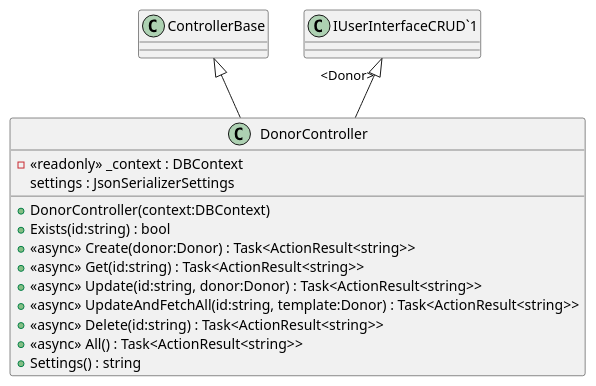
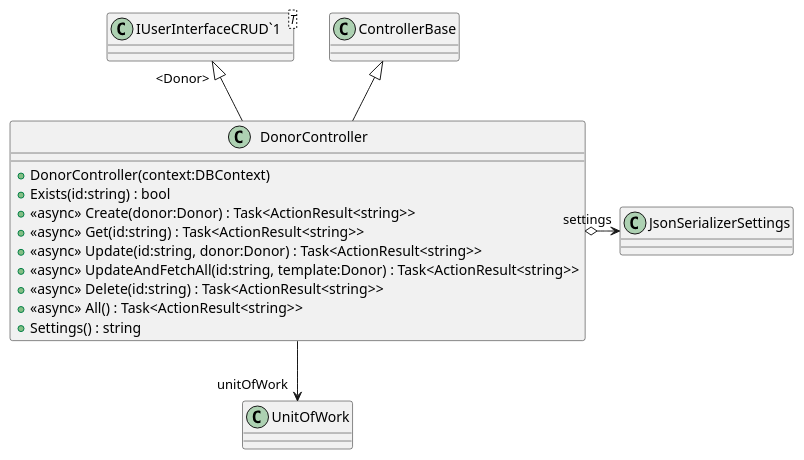
One commit to timothxy/ICT2106_P3_Project changed the diagram in YouthActionDotNet/UML/Controllers/DonorController.puml. Above: the diagram before and after it, drawn with PlantUML. The commit also changed 31 other files, not shown here.

Commit message:
update uml

```diff
--- a/YouthActionDotNet/UML/Controllers/DonorController.puml
+++ b/YouthActionDotNet/UML/Controllers/DonorController.puml
@@ -1,17 +1,19 @@
 @startuml
 class DonorController {
-    - <<readonly>> _context : DBContext
-    settings : JsonSerializerSettings
     + DonorController(context:DBContext)
     + Exists(id:string) : bool
     + <<async>> Create(donor:Donor) : Task<ActionResult<string>>
     + <<async>> Get(id:string) : Task<ActionResult<string>>
     + <<async>> Update(id:string, donor:Donor) : Task<ActionResult<string>>
     + <<async>> UpdateAndFetchAll(id:string, template:Donor) : Task<ActionResult<string>>
     + <<async>> Delete(id:string) : Task<ActionResult<string>>
     + <<async>> All() : Task<ActionResult<string>>
     + Settings() : string
 }
+class "IUserInterfaceCRUD`1"<T> {
+}
 ControllerBase <|-- DonorController
 "IUserInterfaceCRUD`1" "<Donor>" <|-- DonorController
+DonorController --> "unitOfWork" UnitOfWork
+DonorController o-> "settings" JsonSerializerSettings
 @enduml
```
